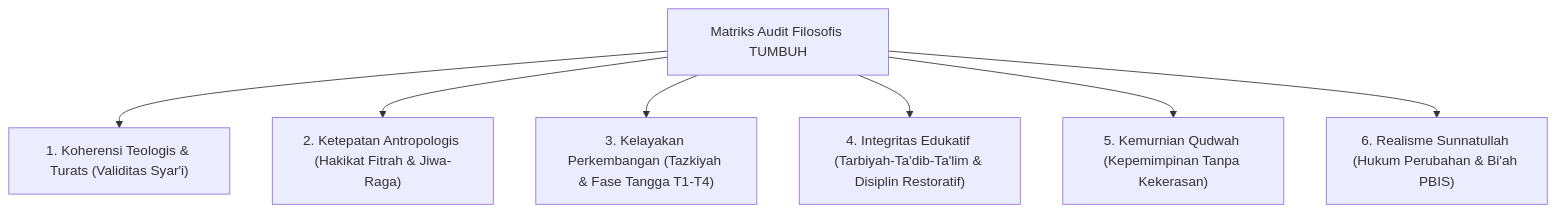
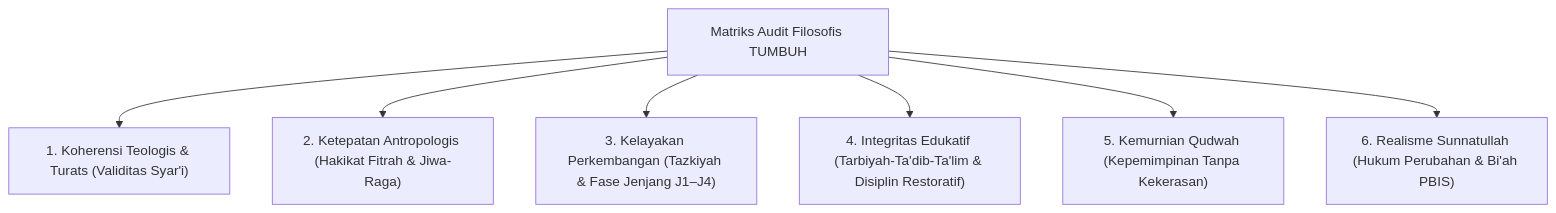
One commit to wandiapriliyandi/tumbuh changed the diagram in .agents/skills/pakar-filosofi-tumbuh/SKILL.md. Above: the diagram before and after it, drawn with Mermaid. The commit also changed other lines of this file and 209 other files, not shown here.

````diff
--- a/.agents/skills/pakar-filosofi-tumbuh/SKILL.md
+++ b/.agents/skills/pakar-filosofi-tumbuh/SKILL.md
@@ -19,10 +19,10 @@
 ```mermaid
 graph TD
     Audit["Matriks Audit Filosofis TUMBUH"]
     Audit --> D1["1. Koherensi Teologis & Turats (Validitas Syar'i)"]
     Audit --> D2["2. Ketepatan Antropologis (Hakikat Fitrah & Jiwa-Raga)"]
-    Audit --> D3["3. Kelayakan Perkembangan (Tazkiyah & Fase Tangga T1-T4)"]
+    Audit --> D3["3. Kelayakan Perkembangan (Tazkiyah & Fase Jenjang J1–J4)"]
     Audit --> D4["4. Integritas Edukatif (Tarbiyah-Ta'dib-Ta'lim & Disiplin Restoratif)"]
     Audit --> D5["5. Kemurnian Qudwah (Kepemimpinan Tanpa Kekerasan)"]
     Audit --> D6["6. Realisme Sunnatullah (Hukum Perubahan & Bi'ah PBIS)"]
 ```
````
